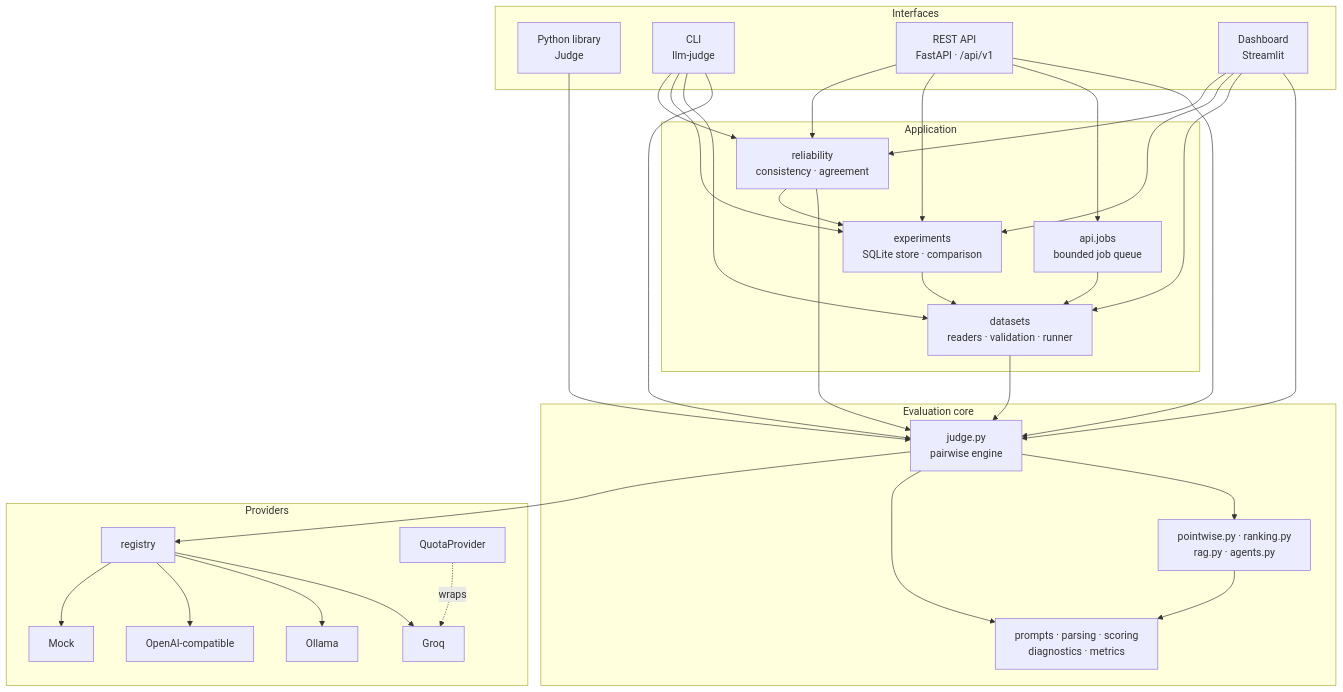
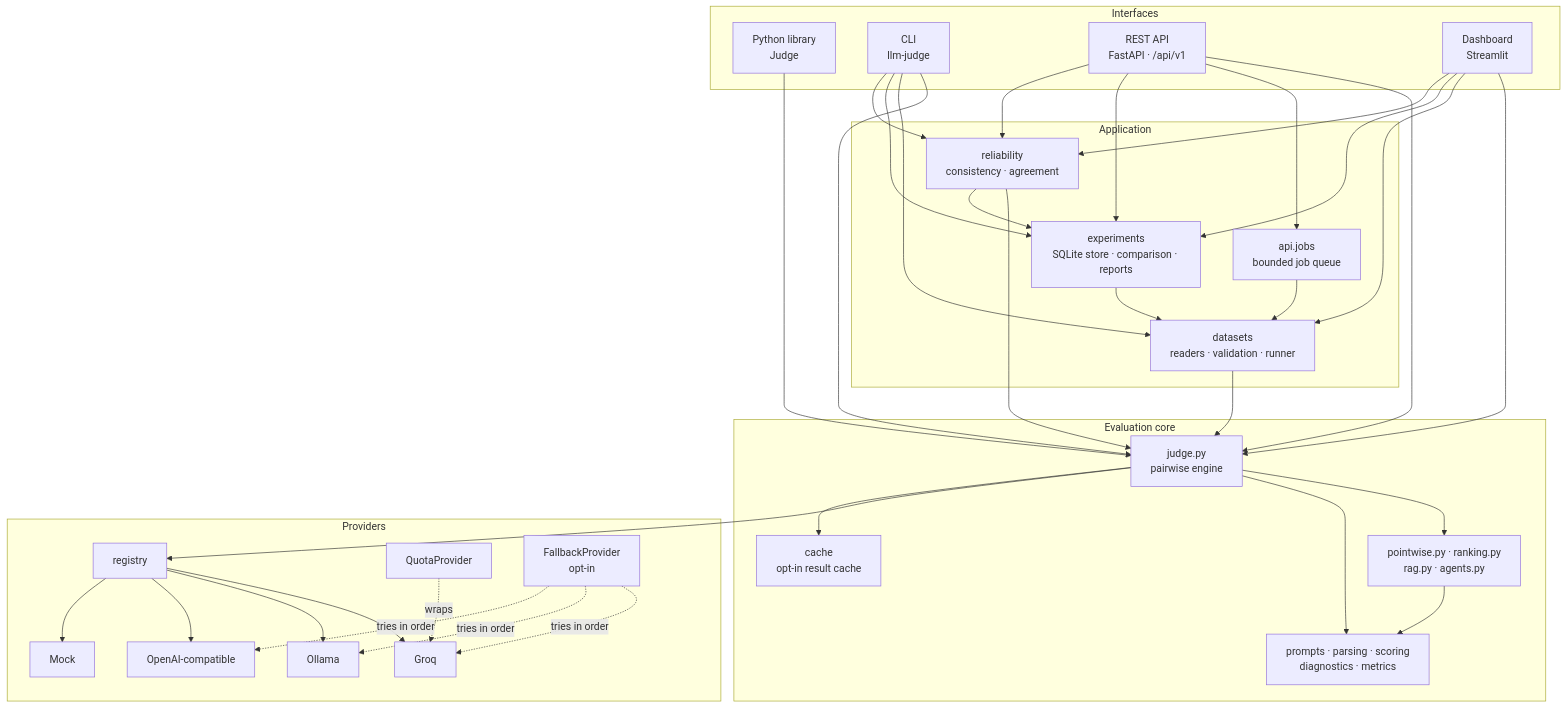
Before and after one commit to syed-waleed-ahmed/LLM-as-Judge: the first of 2 diagrams in ARCHITECTURE.md, drawn with Mermaid. The commit also changed 10 other files, not shown here.

First line of the commit message:
docs: screenshots, architecture diagram, stack, limitations, coverage badge

````diff
--- a/ARCHITECTURE.md
+++ b/ARCHITECTURE.md
@@ -8,42 +8,46 @@
 ```mermaid
 flowchart TB
     subgraph Interfaces
         LIB[Python library<br/>Judge]
         CLI[CLI<br/>llm-judge]
         API[REST API<br/>FastAPI · /api/v1]
         UI[Dashboard<br/>Streamlit]
     end
     subgraph Application
         DS[datasets<br/>readers · validation · runner]
-        EXP[experiments<br/>SQLite store · comparison]
+        EXP[experiments<br/>SQLite store · comparison · reports]
         REL[reliability<br/>consistency · agreement]
         JOBS[api.jobs<br/>bounded job queue]
     end
     subgraph Core["Evaluation core"]
         J[judge.py<br/>pairwise engine]
         PW[pointwise.py · ranking.py<br/>rag.py · agents.py]
         SAFE[prompts · parsing · scoring<br/>diagnostics · metrics]
+        CACHE[cache<br/>opt-in result cache]
     end
     subgraph Providers
         REG[registry]
         G[Groq]
         O[Ollama]
         OAI[OpenAI-compatible]
         M[Mock]
         Q[QuotaProvider]
+        F[FallbackProvider<br/>opt-in]
     end
     LIB --> J
     CLI --> J & DS & EXP & REL
     API --> J & JOBS & EXP & REL
     UI --> J & DS & EXP & REL
     JOBS --> DS
     DS --> J
     EXP --> DS
     REL --> J & EXP
     J --> PW
     J --> SAFE
     PW --> SAFE
     J --> REG
     REG --> G & O & OAI & M
     Q -.wraps.-> G
+    F -.tries in order.-> G & O & OAI
+    J --> CACHE
 ```
````
